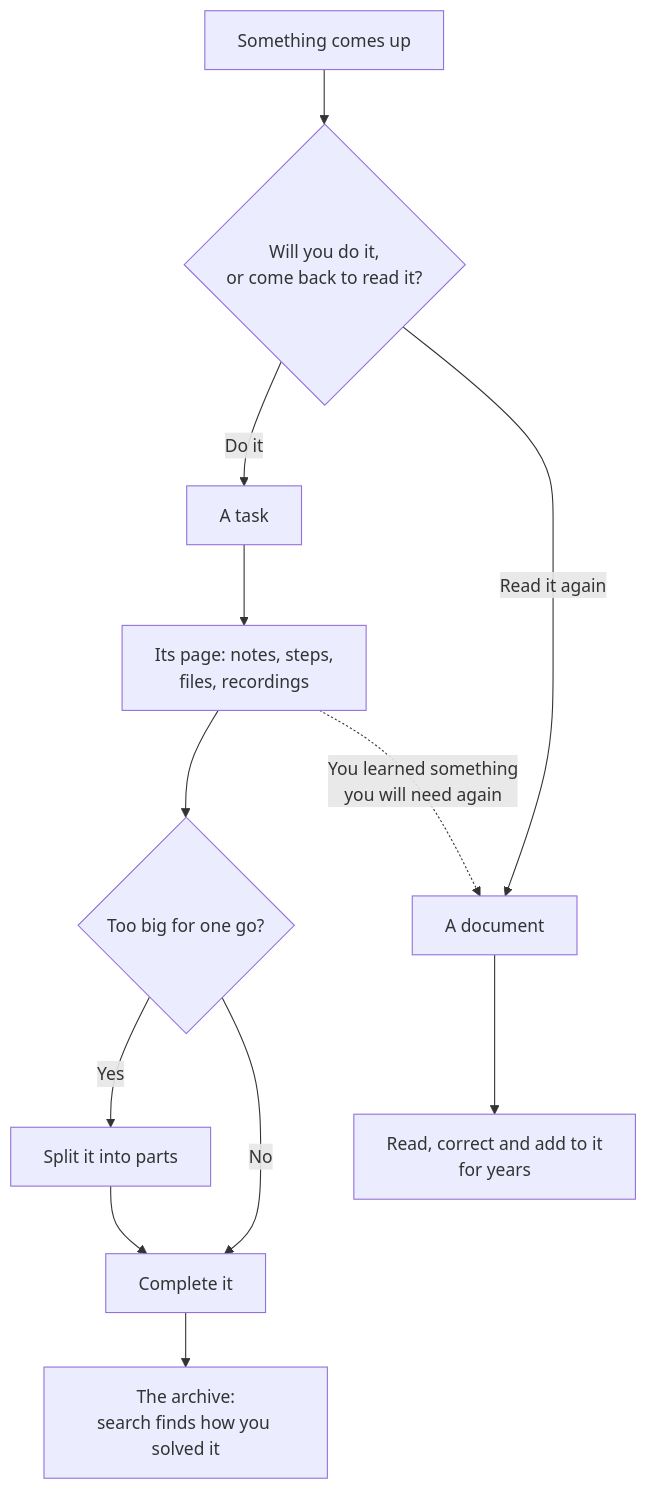
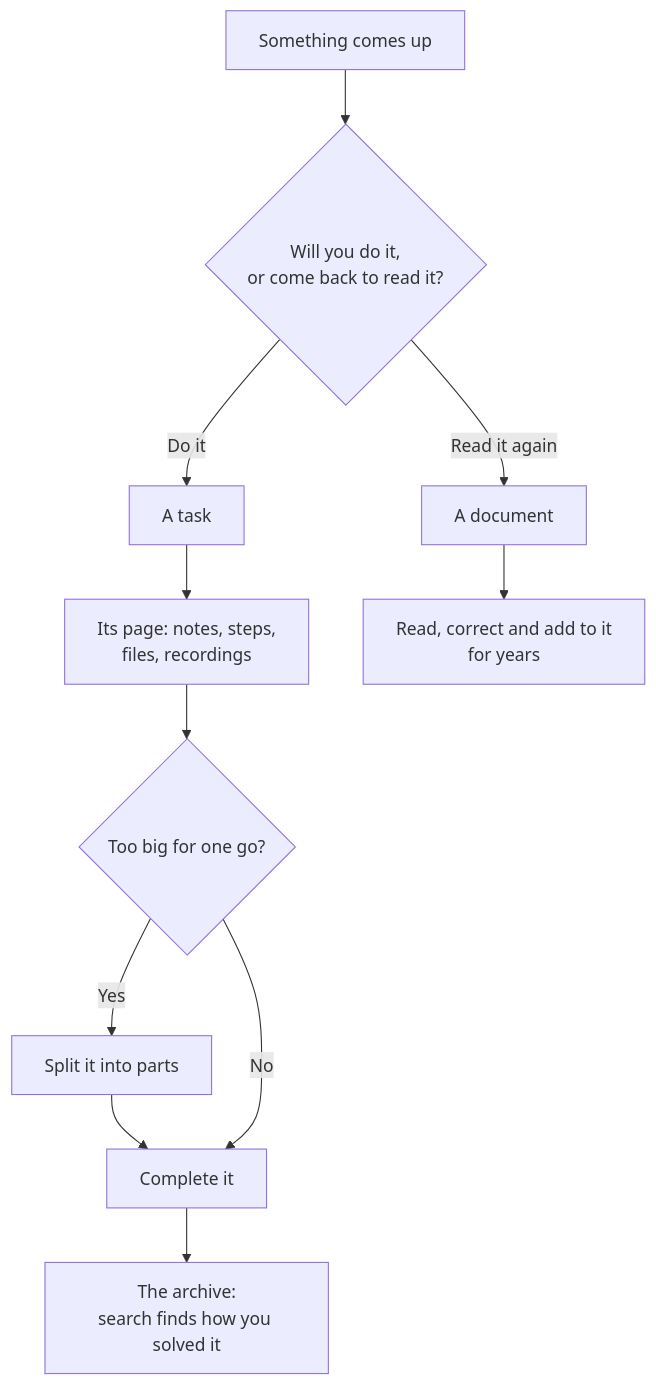
The first of 4 diagrams in app/src-tauri/resources/guide/en/guide.md (rgdevment/Tisty), drawn with Mermaid before and after one commit. The commit also changed 21 other files, not shown here.

````diff
--- a/app/src-tauri/resources/guide/en/guide.md
+++ b/app/src-tauri/resources/guide/en/guide.md
@@ -31,14 +31,13 @@
 ```mermaid
 flowchart TD
   A[Something comes up] --> B{Will you do it,<br/>or come back to read it?}
   B -->|Do it| T[A task]
   B -->|Read it again| D[A document]
   T --> P[Its page: notes, steps,<br/>files, recordings]
   P --> S{Too big for one go?}
   S -->|Yes| K[Split it into parts]
   K --> C
   S -->|No| C[Complete it]
   C --> R[The archive:<br/>search finds how you solved it]
-  P -.->|You learned something<br/>you will need again| D
   D --> G[Read, correct and add to it<br/>for years]
 ```
````
